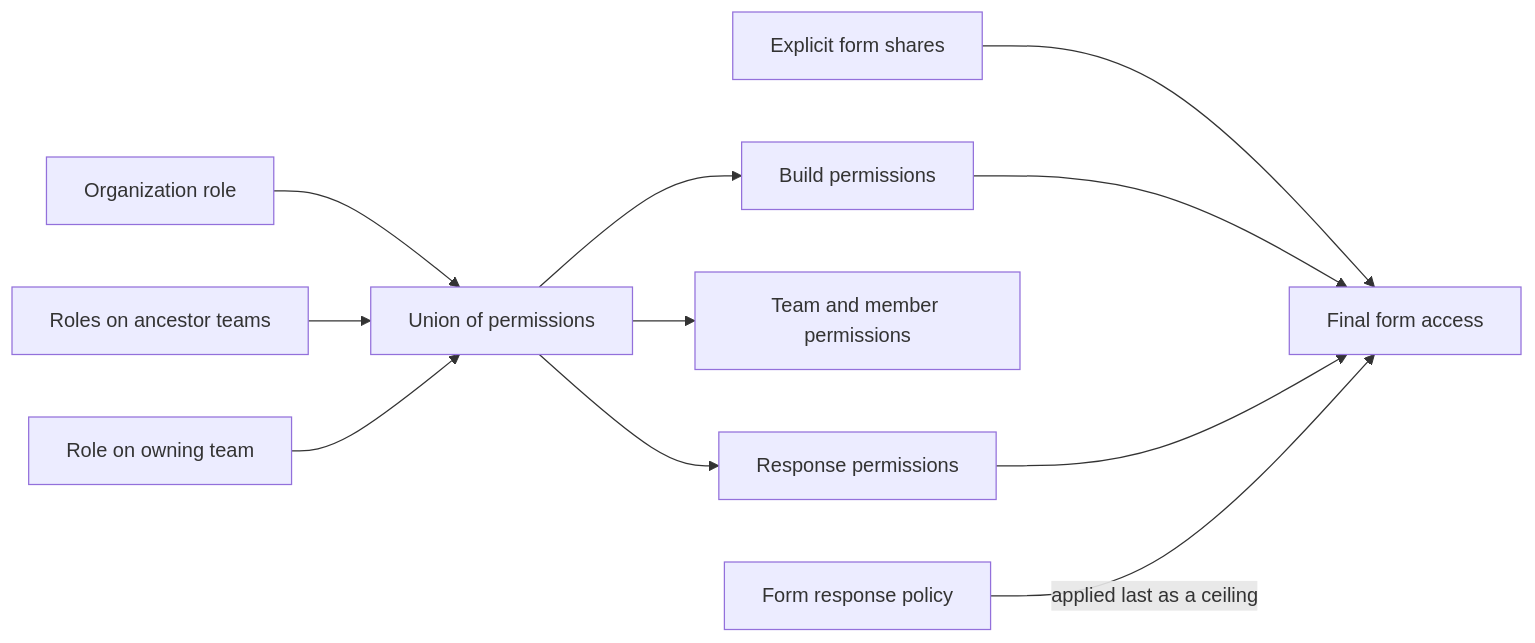
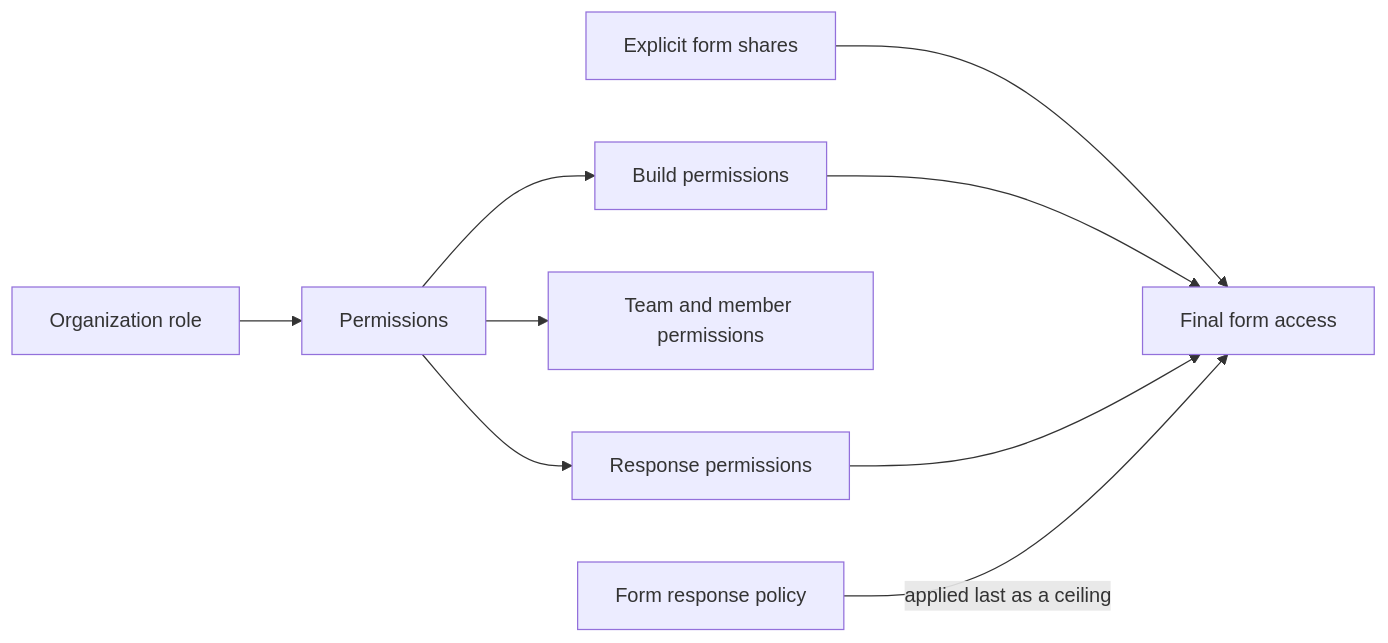
The first of 5 diagrams in docs/TEAMS_AND_ROLES_GUIDE.md (prithvikathirvel/sifyforms), drawn with Mermaid before and after one commit. The commit also changed other lines of this file and 35 other files, not shown here.

First line of the commit message:
Restructure Teams & Roles to flat model

````diff
--- a/docs/TEAMS_AND_ROLES_GUIDE.md
+++ b/docs/TEAMS_AND_ROLES_GUIDE.md
@@ -22,13 +25,11 @@
 ```mermaid
 flowchart LR
-    O[Organization role] --> U[Union of permissions]
-    A[Roles on ancestor teams] --> U
-    T[Role on owning team] --> U
-    U --> B[Build permissions]
-    U --> R[Response permissions]
-    U --> M[Team and member permissions]
+    O[Organization role] --> P[Permissions]
+    P --> B[Build permissions]
+    P --> R[Response permissions]
+    P --> M[Team and member permissions]
     S[Explicit form shares] --> F[Final form access]
     B --> F
     R --> F
-    P[Form response policy] -->|applied last as a ceiling| F
+    C[Form response policy] -->|applied last as a ceiling| F
 ```
````
